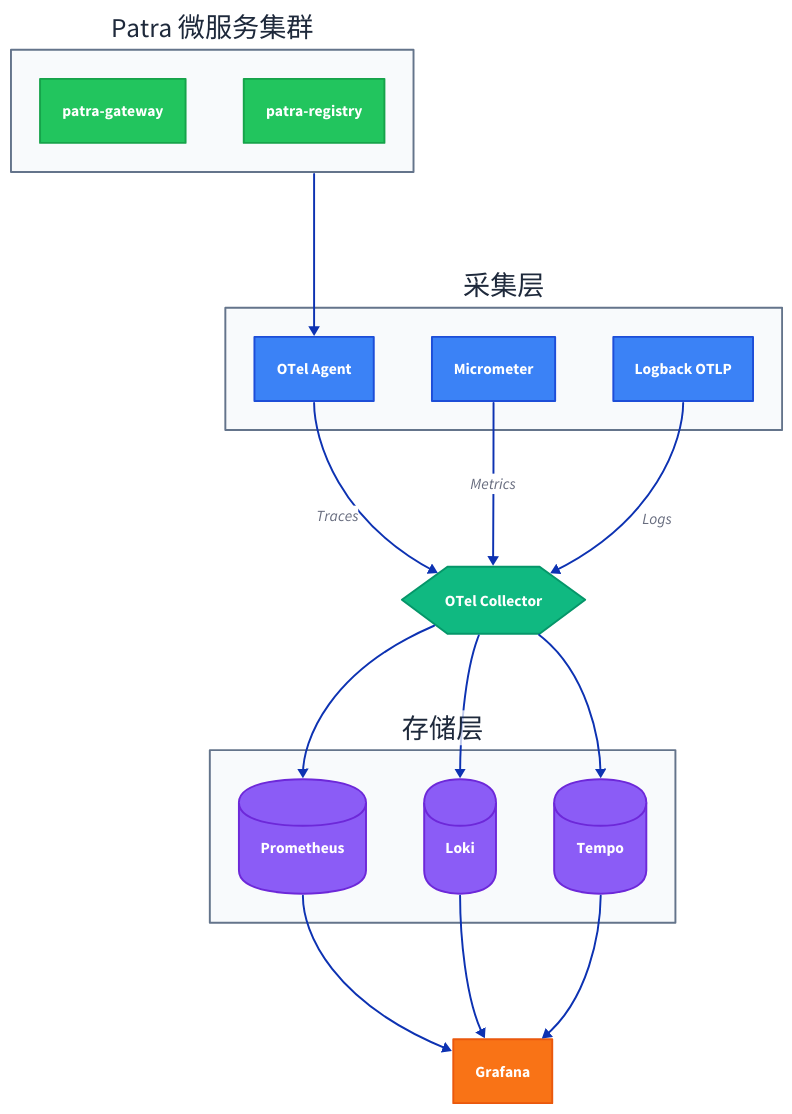
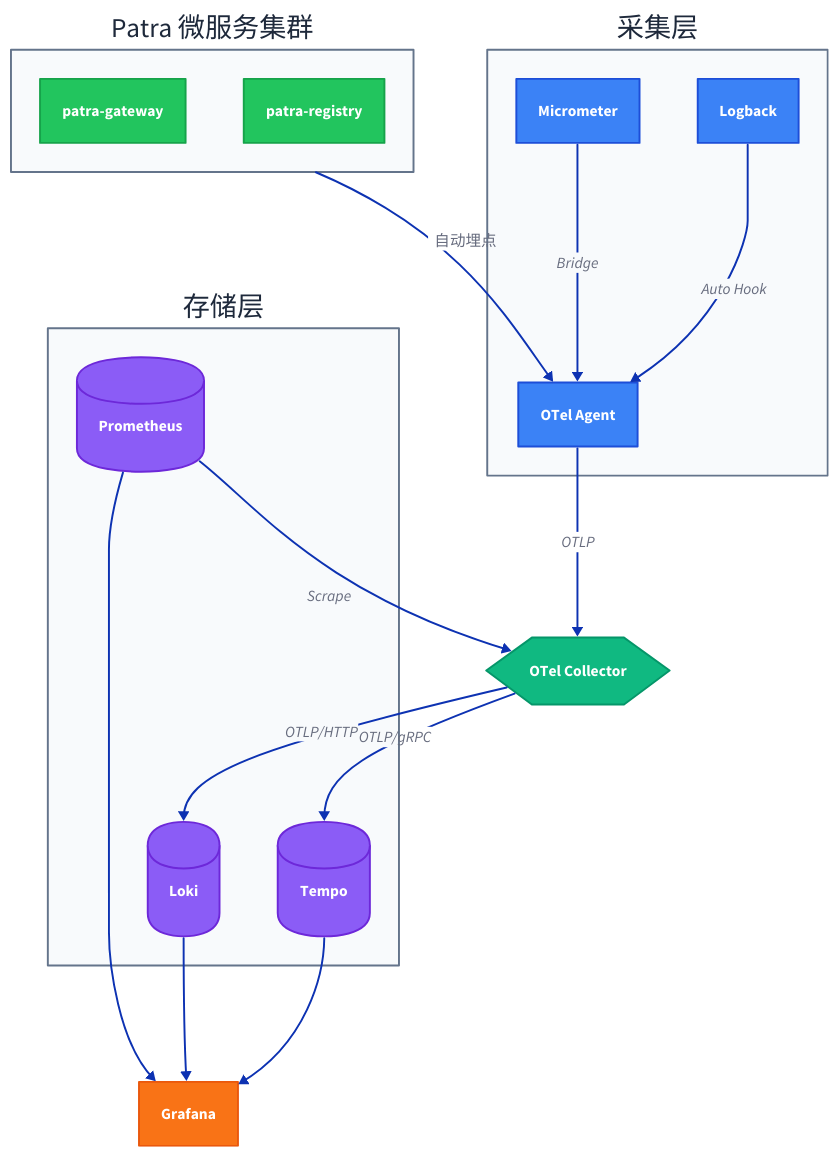
One commit to linqibin0826/patra changed the first of 6 diagrams in patra-api/docs/designs/observability/02-architecture.md. Above: the diagram before and after it, drawn with D2. The commit also changed other lines of this file and 8 other files, not shown here.

````diff
--- a/patra-api/docs/designs/observability/02-architecture.md
+++ b/patra-api/docs/designs/observability/02-architecture.md
@@ -79,12 +79,12 @@
   class: layer
   agent: OTel Agent {class: component}
   micrometer: Micrometer {class: component}
-  logback: Logback OTLP {class: component}
+  logback: Logback {class: component}
 }
 
 collector: OTel Collector {class: processor}
 
-storage: 存储层 {
+backends: 存储层 {
   class: layer
   prometheus: Prometheus {class: storage}
   loki: Loki {class: storage}
@@ -93,16 +93,16 @@
 
 grafana: Grafana {class: viz}
 
-patra -> collection.agent
-collection.agent -> collector: Traces
-collection.micrometer -> collector: Metrics
-collection.logback -> collector: Logs
+patra -> collection.agent: 自动埋点
+collection.micrometer -> collection.agent: Bridge
+collection.logback -> collection.agent: Auto Hook
+collection.agent -> collector: OTLP
 
-collector -> storage.prometheus
-collector -> storage.loki
-collector -> storage.tempo
+backends.prometheus -> collector: Scrape
+collector -> backends.loki: OTLP/HTTP
+collector -> backends.tempo: OTLP/gRPC
 
-storage.prometheus -> grafana
-storage.loki -> grafana
-storage.tempo -> grafana
+backends.prometheus -> grafana
+backends.loki -> grafana
+backends.tempo -> grafana
 ```
````
